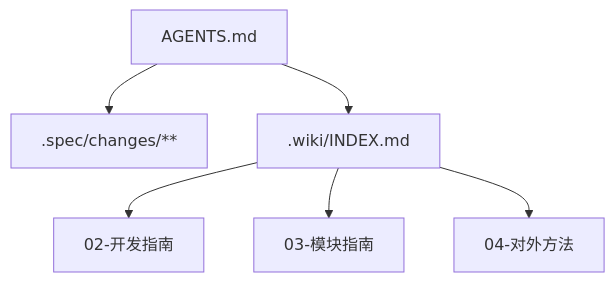
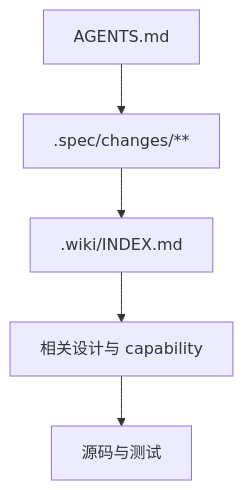
One commit to baiyucraft/SpecWiki changed the diagram in .wiki/00-文档约定/03-Agent协作入口.md. Above: the diagram before and after it, drawn with Mermaid. The commit also changed other lines of this file and 102 other files, not shown here.

Commit message:
docs: align SpecWiki Lite public documentation

````diff
--- a/.wiki/00-文档约定/03-Agent协作入口.md
+++ b/.wiki/00-文档约定/03-Agent协作入口.md
@@ -20,8 +14,7 @@
 ```mermaid
 flowchart TD
-  Agents["AGENTS.md"] --> Spec[".spec/changes/**"]
-  Agents --> Wiki[".wiki/INDEX.md"]
-  Wiki --> Dev["02-开发指南"]
-  Wiki --> Modules["03-模块指南"]
-  Wiki --> Public["04-对外方法"]
+  Agents["AGENTS.md"] --> Change[".spec/changes/**"]
+  Change --> Wiki[".wiki/INDEX.md"]
+  Wiki --> Design["相关设计与 capability"]
+  Design --> Code["源码与测试"]
 ```
````
